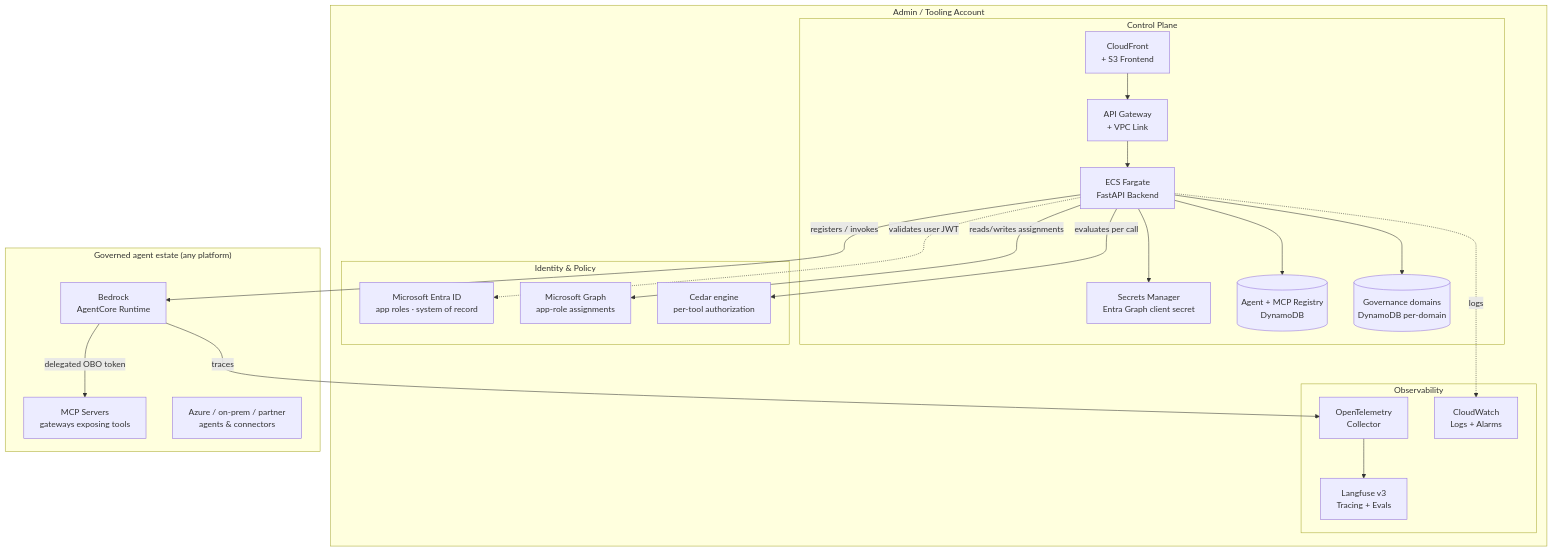
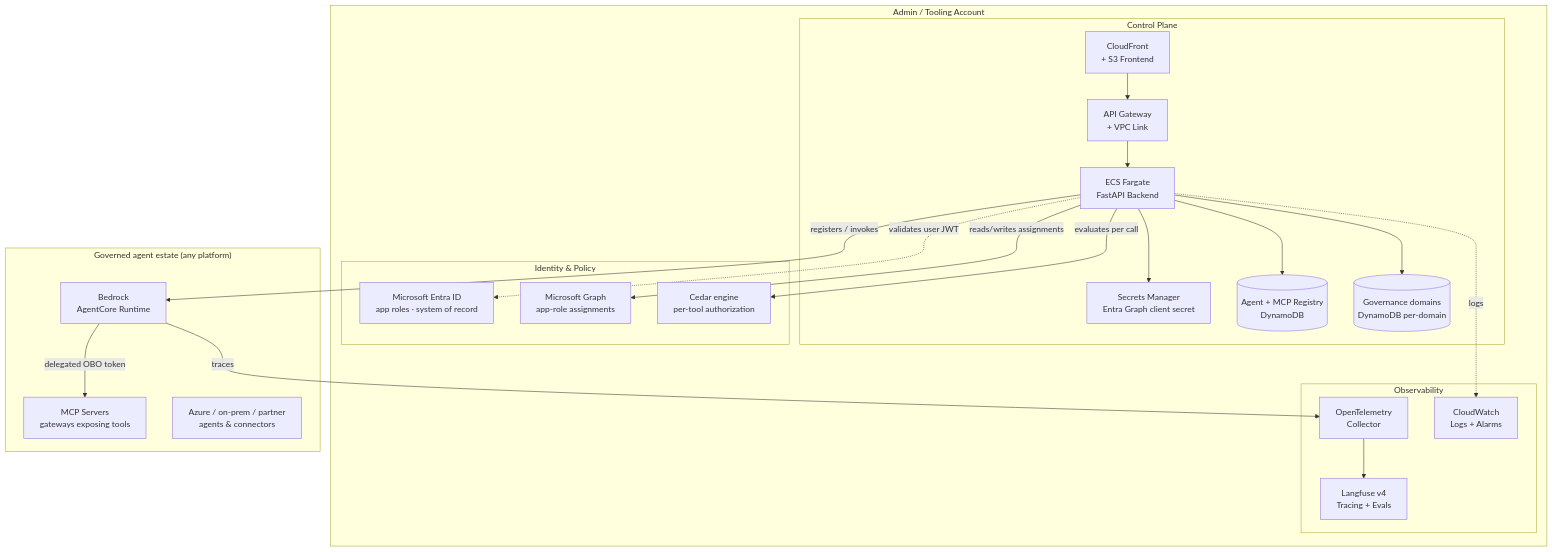
One commit to aws-samples/sample-agentic-governance-platform changed the diagram in platform/README.md. Above: the diagram before and after it, drawn with Mermaid. The commit also changed other lines of this file and 905 other files, not shown here.

````diff
--- a/platform/README.md
+++ b/platform/README.md
@@ -17,46 +17,46 @@
 ```mermaid
 graph TB
     subgraph Admin["Admin / Tooling Account"]
         subgraph CP["Control Plane"]
             CloudFront[CloudFront<br/>+ S3 Frontend]
             APIGW[API Gateway<br/>+ VPC Link]
             ECS[ECS Fargate<br/>FastAPI Backend]
             Secrets[Secrets Manager<br/>Entra Graph client secret]
             Registry[(Agent + MCP Registry<br/>DynamoDB)]
             Domains[(Governance domains<br/>DynamoDB per-domain)]
 
             CloudFront --> APIGW
             APIGW --> ECS
             ECS --> Secrets
             ECS --> Registry
             ECS --> Domains
         end
 
         subgraph Identity["Identity & Policy"]
             Entra[Microsoft Entra ID<br/>app roles · system of record]
             Graph[Microsoft Graph<br/>app-role assignments]
             Cedar[Cedar engine<br/>per-tool authorization]
         end
 
         subgraph Observability["Observability"]
-            Langfuse[Langfuse v3<br/>Tracing + Evals]
+            Langfuse[Langfuse v4<br/>Tracing + Evals]
             OTEL[OpenTelemetry<br/>Collector]
             CW[CloudWatch<br/>Logs + Alarms]
         end
     end
 
     subgraph Estate["Governed agent estate (any platform)"]
         AgentCore[Bedrock<br/>AgentCore Runtime]
         MCP[MCP Servers<br/>gateways exposing tools]
         Other[Azure / on-prem / partner<br/>agents & connectors]
     end
 
     ECS -. validates user JWT .-> Entra
     ECS -- reads/writes assignments --> Graph
     ECS -- evaluates per call --> Cedar
     ECS -- registers / invokes --> AgentCore
     AgentCore -- delegated OBO token --> MCP
     AgentCore -- traces --> OTEL
     OTEL --> Langfuse
     ECS -.logs.-> CW
 ```
````
